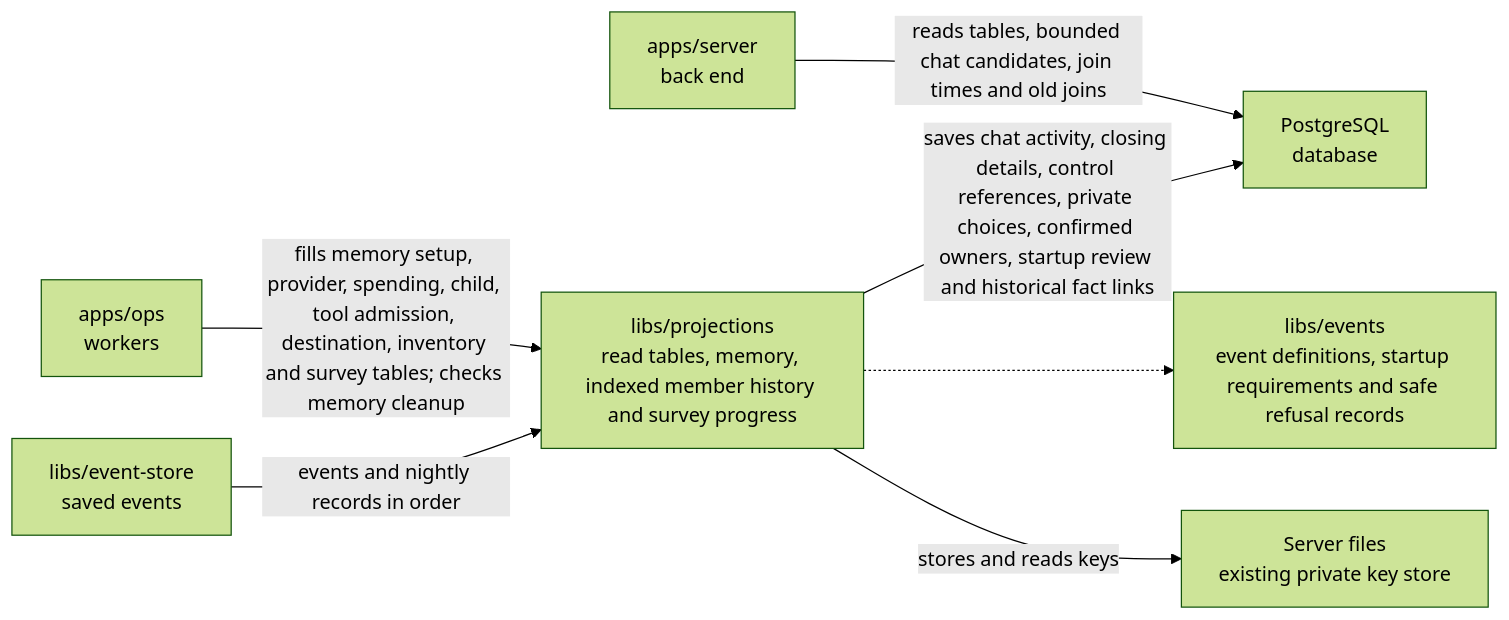
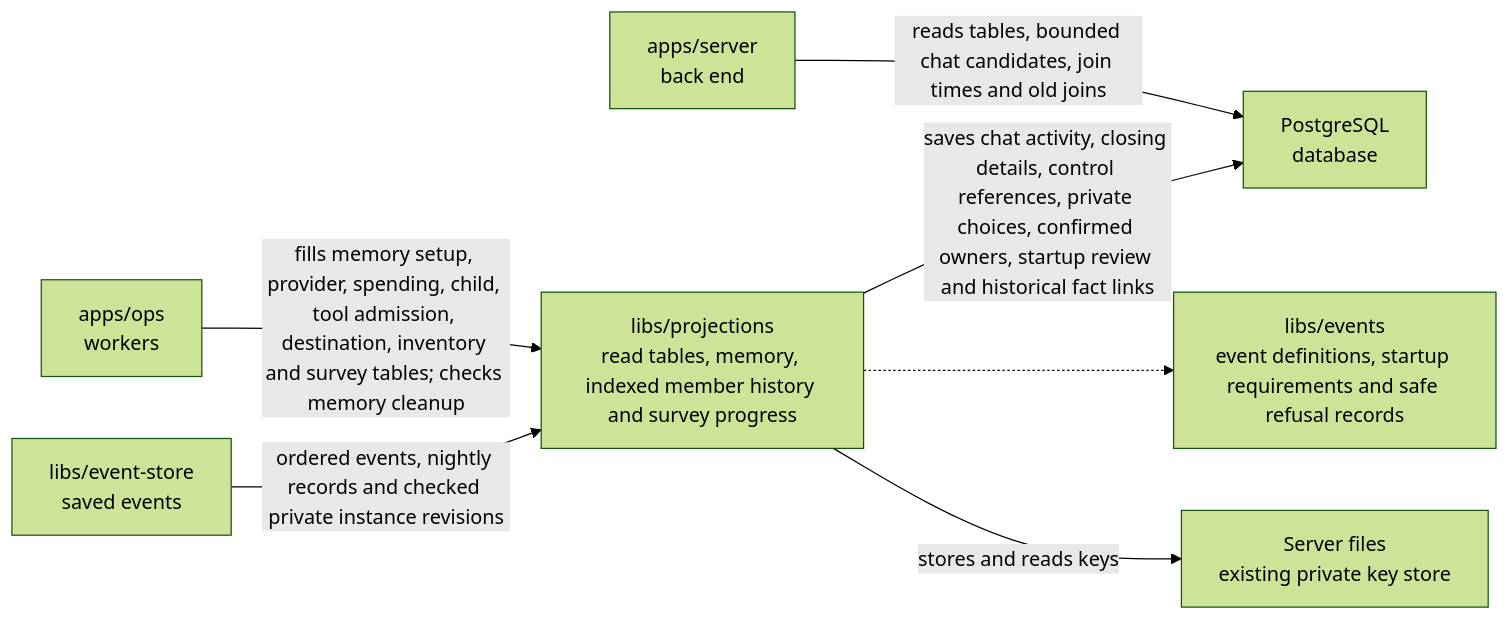
The diagram in libs/projections/README.md (elewa-git/opencrane-new), drawn with Mermaid (forest theme) before and after one commit. The commit also changed other lines of this file and 20 other files, not shown here.

````diff
--- a/libs/projections/README.md
+++ b/libs/projections/README.md
@@ -23,9 +23,9 @@
 ```mermaid
 flowchart LR
   ops["apps/ops<br/>workers"] -->|fills memory setup, provider, spending, child, tool admission, destination, inventory and survey tables; checks memory cleanup| projections["libs/projections<br/>read tables, memory, indexed member history and survey progress"]
   server["apps/server<br/>back end"] -->|reads tables, bounded chat candidates, join times and old joins| pg["PostgreSQL<br/>database"]
   projections -->|saves chat activity, closing details, control references, private choices, confirmed owners, startup review and historical fact links| pg
-  store["libs/event-store<br/>saved events"] -->|events and nightly records in order| projections
+  store["libs/event-store<br/>saved events"] -->|ordered events, nightly records and checked private instance revisions| projections
   projections -.-> events["libs/events<br/>event definitions, startup requirements and safe refusal records"]
   projections -->|stores and reads keys| keys["Server files<br/>existing private key store"]
 ```
````
